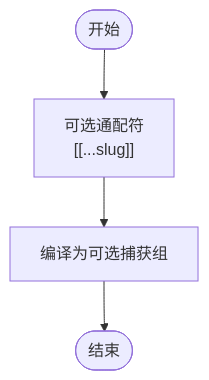
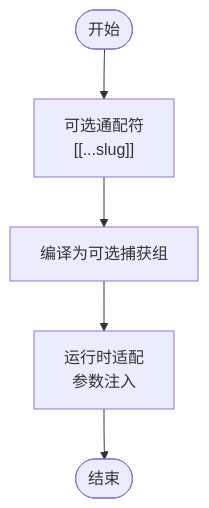
Before and after one commit to esa-sp/test-for-aone-ci: the ninth of 10 diagrams in .qoder/repowiki/zh/content/无服务器函数测试/无服务器函数测试.md, drawn with Mermaid. The commit also changed other lines of this file and 51 other files, not shown here.

````diff
--- a/.qoder/repowiki/zh/content/无服务器函数测试/无服务器函数测试.md
+++ b/.qoder/repowiki/zh/content/无服务器函数测试/无服务器函数测试.md
@@ -276,6 +389,7 @@
 ```mermaid
 flowchart TD
 Start(["开始"]) --> Optional["可选通配符<br/>[[...slug]]"]
 Optional --> Compile["编译为可选捕获组"]
-Compile --> End(["结束"])
+Compile --> Runtime["运行时适配<br/>参数注入"]
+Runtime --> End(["结束"])
 ```
````
